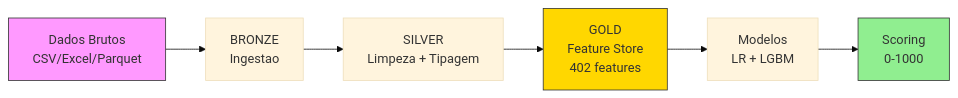
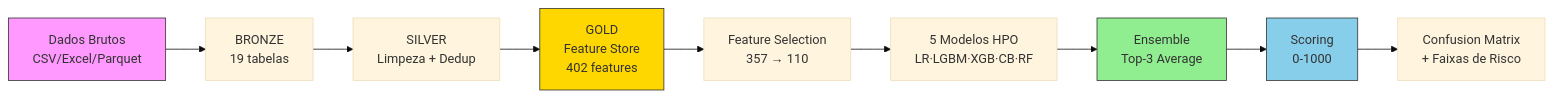
Before and after one commit to wanderson-blima/pod-academy-credit-risk: the diagram in README.md, drawn with Mermaid (base theme). The commit also changed other lines of this file and 500 other files, not shown here.

````diff
--- a/README.md
+++ b/README.md
@@ -40,12 +119,16 @@
 ```mermaid
 graph LR
-    A[Dados Brutos<br/>CSV/Excel/Parquet] --> B[BRONZE<br/>Ingestao]
-    B --> C[SILVER<br/>Limpeza + Tipagem]
+    A[Dados Brutos<br/>CSV/Excel/Parquet] --> B[BRONZE<br/>19 tabelas]
+    B --> C[SILVER<br/>Limpeza + Dedup]
     C --> D[GOLD<br/>Feature Store<br/>402 features]
-    D --> E[Modelos<br/>LR + LGBM]
-    E --> F[Scoring<br/>0-1000]
+    D --> E[Feature Selection<br/>357 → 110]
+    E --> F[5 Modelos HPO<br/>LR·LGBM·XGB·CB·RF]
+    F --> G[Ensemble<br/>Top-3 Average]
+    G --> H[Scoring<br/>0-1000]
+    H --> I[Confusion Matrix<br/>+ Faixas de Risco]
 
     style A fill:#f9f,stroke:#333
     style D fill:#ffd700,stroke:#333
-    style F fill:#90ee90,stroke:#333
+    style G fill:#90ee90,stroke:#333
+    style H fill:#87ceeb,stroke:#333
 ```
````
